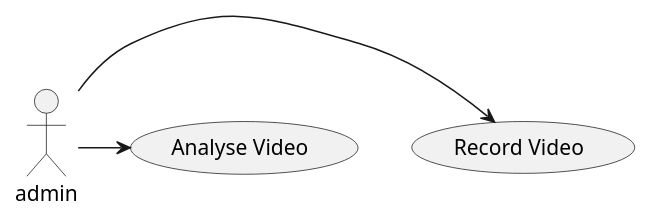
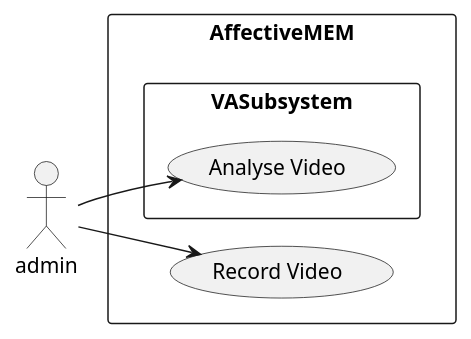
Before and after one commit to z80lives/affective-movie-evaluator: the first of 2 diagrams in designDocs/report/report.org, drawn with PlantUML. The commit also changed other lines of this file and 4 other files, not shown here.

```diff
--- a/designDocs/report/report.org
+++ b/designDocs/report/report.org
@@ -198,5 +240,12 @@
 #+BEGIN_SRC plantuml :file ./img/auc.png
+left to right direction
+
 actor admin
-admin -> (Record Video)
-admin -> (Analyse Video)
+rectangle AffectiveMEM{
+ admin -> (Record Video)
+
+ rectangle VASubsystem{
+  admin --> (Analyse Video)
+ }
+}
 #+END_SRC
```
